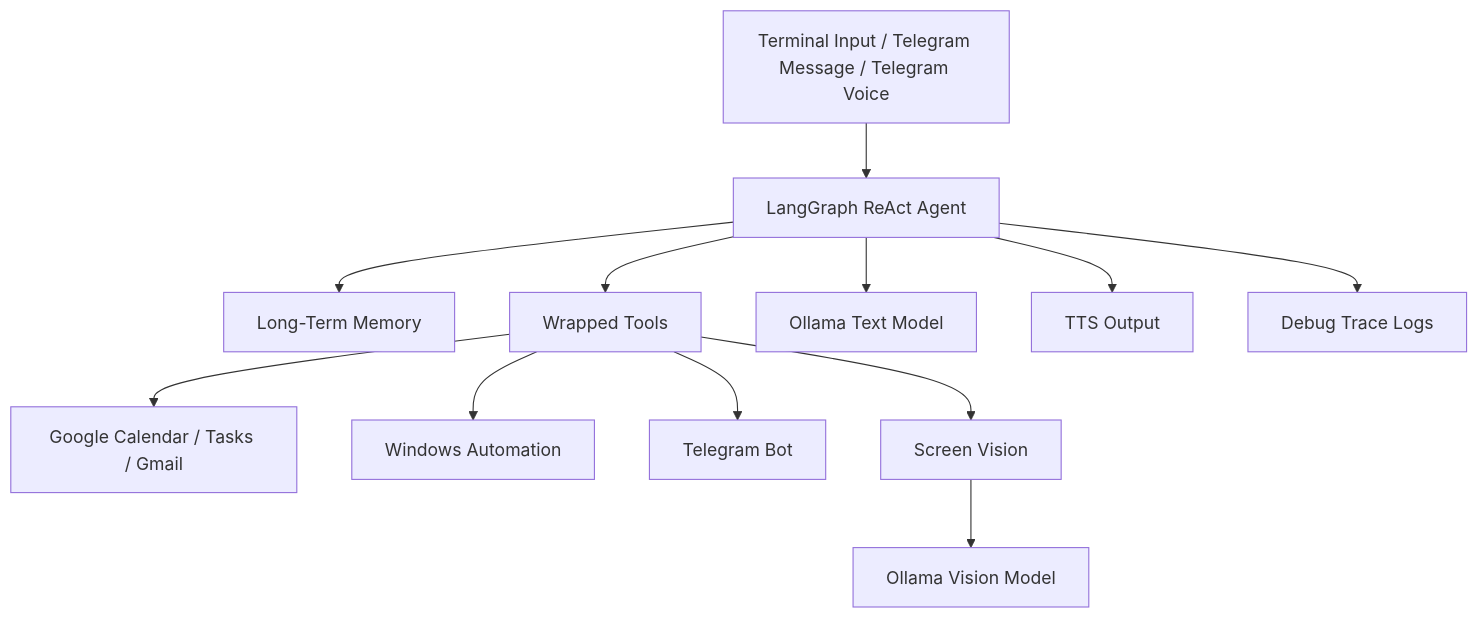
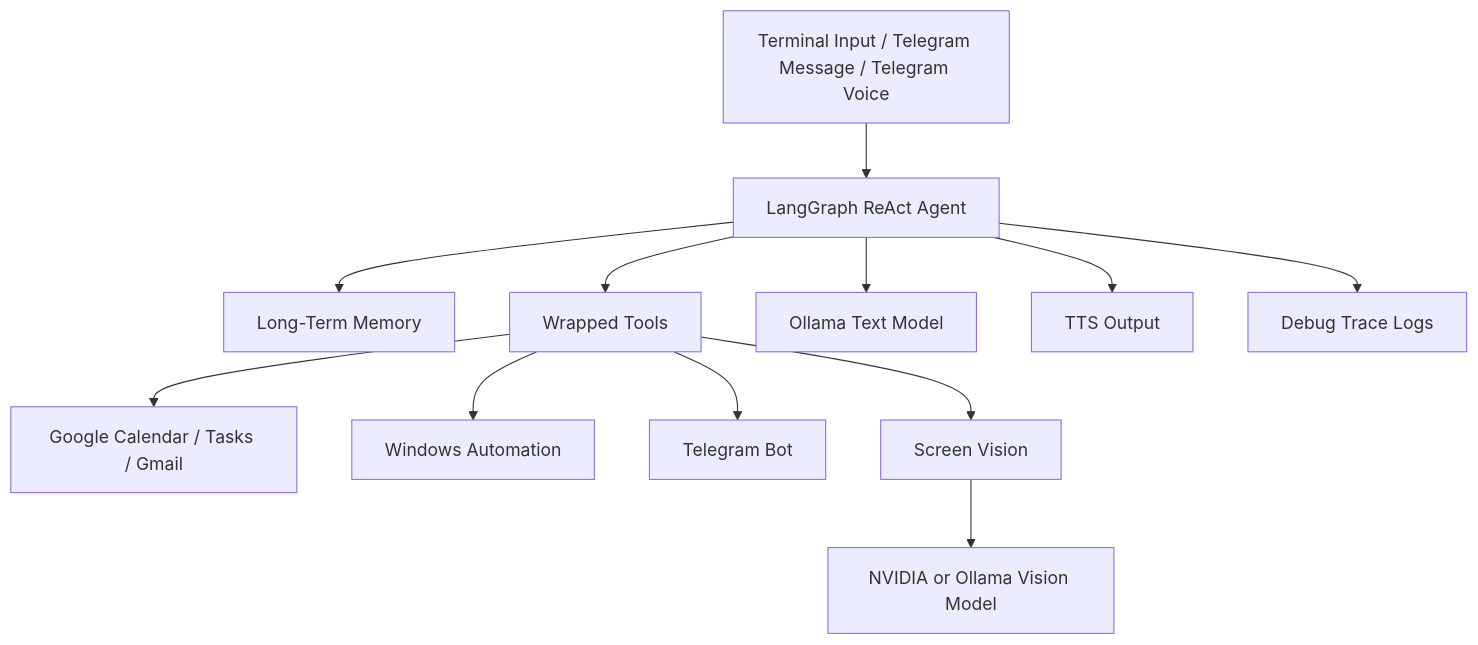
The diagram in README.md (MohitRawat017/ASSISTANT), drawn with Mermaid before and after one commit. The commit also changed other lines of this file and 20 other files, not shown here.

````diff
--- a/README.md
+++ b/README.md
@@ -69,14 +69,14 @@
 ```mermaid
 flowchart TD
     A[Terminal Input / Telegram Message / Telegram Voice] --> B[LangGraph ReAct Agent]
     B --> C[Long-Term Memory]
     B --> D[Wrapped Tools]
     D --> E[Google Calendar / Tasks / Gmail]
     D --> F[Windows Automation]
     D --> G[Telegram Bot]
     D --> H[Screen Vision]
-    H --> I[Ollama Vision Model]
+    H --> I[NVIDIA or Ollama Vision Model]
     B --> J[Ollama Text Model]
     B --> K[TTS Output]
     B --> L[Debug Trace Logs]
 ```
````
